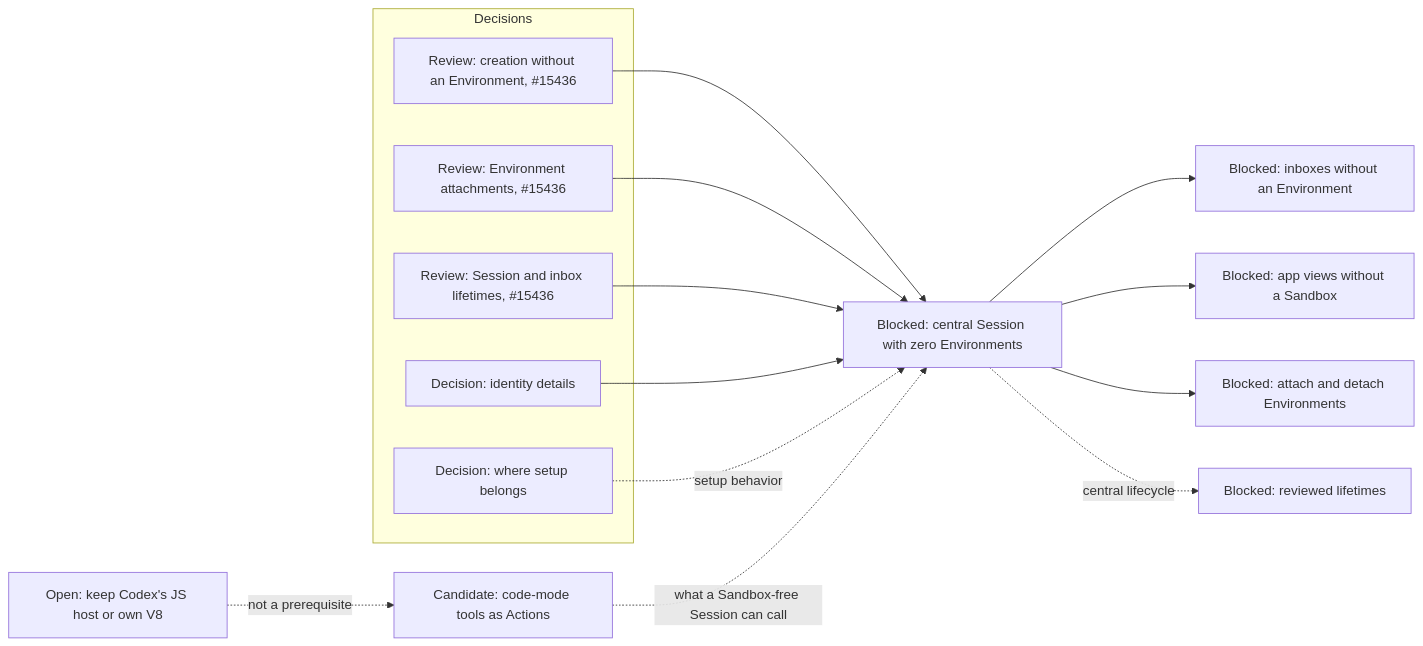
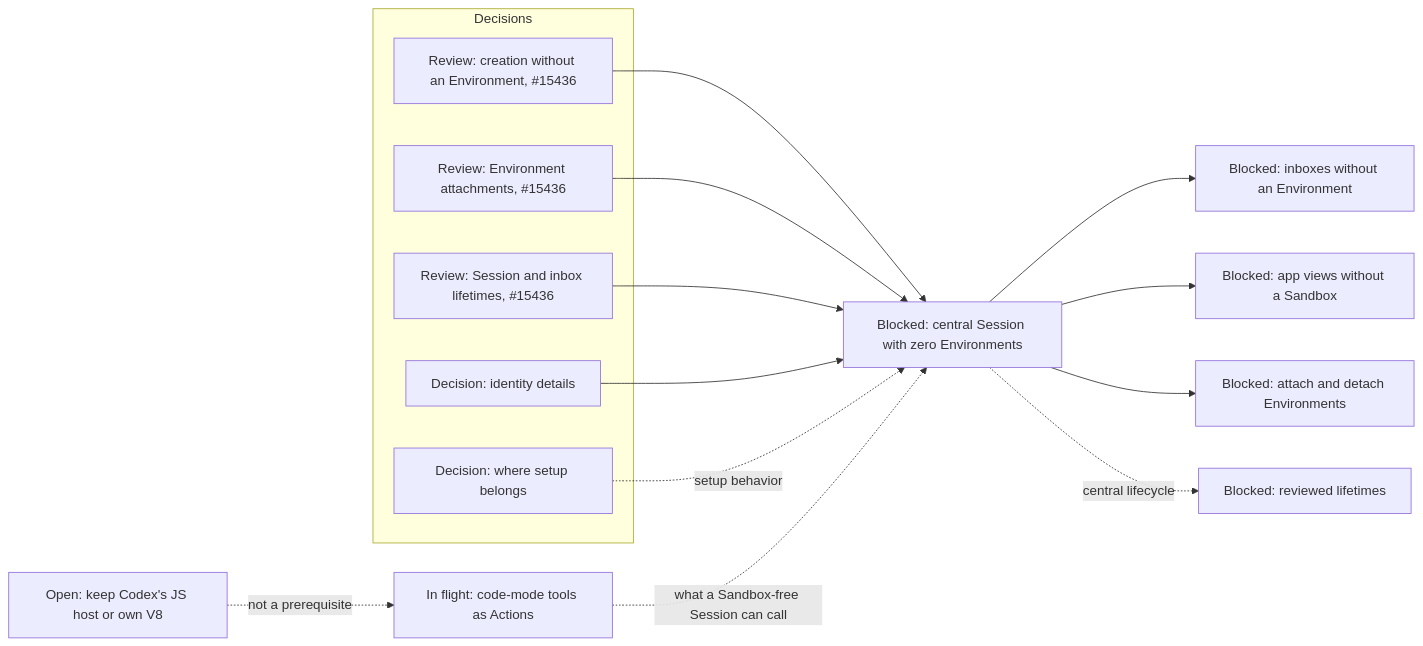
The second of 21 diagrams in agentplane/plans/task_dag.md (agentydragon/ducktape), drawn with Mermaid before and after one commit. The commit also changed other lines of this file, not shown here.

````diff
--- a/agentplane/plans/task_dag.md
+++ b/agentplane/plans/task_dag.md
@@ -236,24 +245,24 @@
 ```mermaid
 flowchart LR
     subgraph DECIDE[Decisions]
         CENTRAL_SESSION_CREATION_CONTRACT[Review: creation without an Environment, #15436]
         SESSION_ATTACHMENT_CONTRACT[Review: Environment attachments, #15436]
         SESSION_AND_INBOX_LIFETIME[Review: Session and inbox lifetimes, #15436]
         SESSION_ENVIRONMENT_SETUP_DESIGN[Decision: where setup belongs]
         SESSION_IDENTITY_CONTRACT[Decision: identity details]
     end
-    CENTRAL_SESSION_DELEGATED_ACTING[Candidate: code-mode tools as Actions]
+    CENTRAL_SESSION_DELEGATED_ACTING[In flight: code-mode tools as Actions]
     CENTRAL_SESSION_WITHOUT_ENVIRONMENT[Blocked: central Session with zero Environments]
     CODE_MODE_HOST_DESIGN[Open: keep Codex's JS host or own V8]
     CENTRAL_SESSION_CREATION_CONTRACT --> CENTRAL_SESSION_WITHOUT_ENVIRONMENT
     SESSION_ATTACHMENT_CONTRACT --> CENTRAL_SESSION_WITHOUT_ENVIRONMENT
     SESSION_AND_INBOX_LIFETIME --> CENTRAL_SESSION_WITHOUT_ENVIRONMENT
     SESSION_IDENTITY_CONTRACT --> CENTRAL_SESSION_WITHOUT_ENVIRONMENT
     SESSION_ENVIRONMENT_SETUP_DESIGN -. setup behavior .-> CENTRAL_SESSION_WITHOUT_ENVIRONMENT
     CENTRAL_SESSION_DELEGATED_ACTING -. what a Sandbox-free Session can call .-> CENTRAL_SESSION_WITHOUT_ENVIRONMENT
     CODE_MODE_HOST_DESIGN -. not a prerequisite .-> CENTRAL_SESSION_DELEGATED_ACTING
     CENTRAL_SESSION_WITHOUT_ENVIRONMENT --> CENTRAL_SESSION_NOTIFICATIONS[Blocked: inboxes without an Environment]
     CENTRAL_SESSION_WITHOUT_ENVIRONMENT --> SESSION_HISTORY_PRESENTATION[Blocked: app views without a Sandbox]
     CENTRAL_SESSION_WITHOUT_ENVIRONMENT --> SESSION_ENV_ATTACHMENTS[Blocked: attach and detach Environments]
     CENTRAL_SESSION_WITHOUT_ENVIRONMENT -. central lifecycle .-> SESSION_LIFETIME_IMPLEMENTATION[Blocked: reviewed lifetimes]
 ```
````
